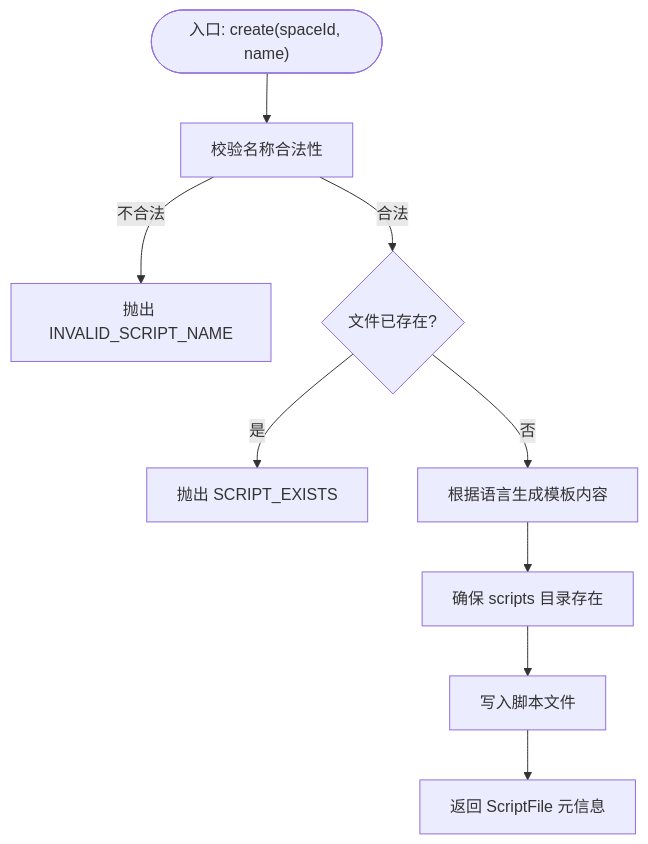
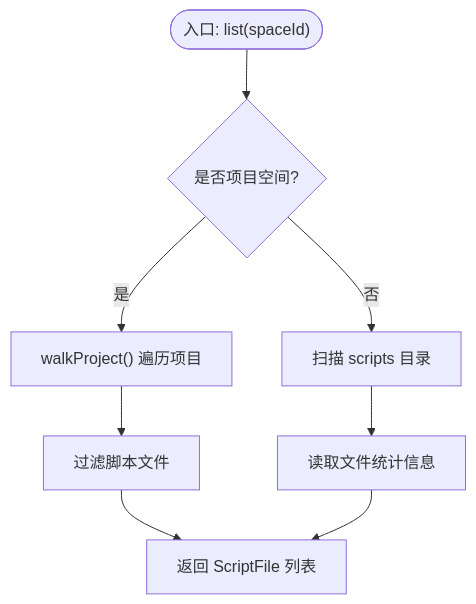
One commit to hozeeee/script-box changed the third of 10 diagrams in .qoder/repowiki/zh/content/核心服务层/Script 服务（脚本管理）.md. Above: the diagram before and after it, drawn with Mermaid. The commit also changed other lines of this file and 76 other files, not shown here.

````diff
--- a/.qoder/repowiki/zh/content/核心服务层/Script 服务（脚本管理）.md
+++ b/.qoder/repowiki/zh/content/核心服务层/Script 服务（脚本管理）.md
@@ -138,11 +148,10 @@
 ```mermaid
 flowchart TD
-Start(["入口: create(spaceId, name)"]) --> Validate["校验名称合法性"]
-Validate --> |不合法| Error["抛出 INVALID_SCRIPT_NAME"]
-Validate --> |合法| CheckExist{"文件已存在?"}
-CheckExist --> |是| ExistsErr["抛出 SCRIPT_EXISTS"]
-CheckExist --> |否| GenTemplate["根据语言生成模板内容"]
-GenTemplate --> EnsureDir["确保 scripts 目录存在"]
-EnsureDir --> WriteFile["写入脚本文件"]
-WriteFile --> ReturnMeta["返回 ScriptFile 元信息"]
+Start(["入口: list(spaceId)"]) --> CheckProject{"是否项目空间?"}
+CheckProject --> |是| WalkProject["walkProject() 遍历项目"]
+CheckProject --> |否| ListScripts["扫描 scripts 目录"]
+WalkProject --> FilterFiles["过滤脚本文件"]
+FilterFiles --> ReturnMeta["返回 ScriptFile 列表"]
+ListScripts --> ReadStats["读取文件统计信息"]
+ReadStats --> ReturnMeta
 ```
````
